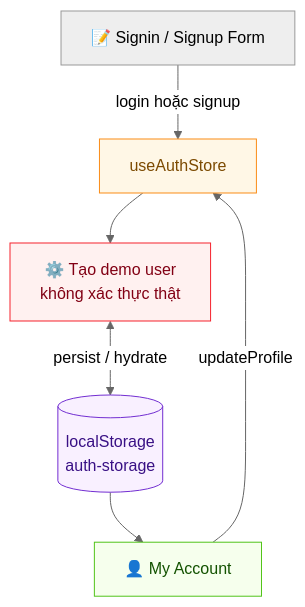
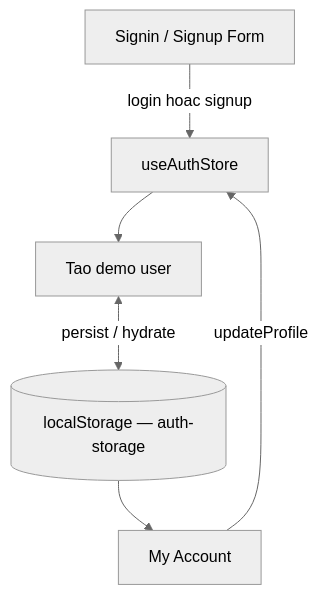
Before and after one commit to NguyenDinhDang/Docs-E-commerce: the sixth of 10 diagrams in 07-so-do-mermaid.md, drawn with Mermaid (neutral theme). The commit also changed other lines of this file, not shown here.

Commit message:
Fix mermaid code

````diff
--- a/07-so-do-mermaid.md
+++ b/07-so-do-mermaid.md
@@ -145,16 +124,11 @@
 ```mermaid
 flowchart TD
-    Form[📝 Signin / Signup Form]
+    Form[Signin / Signup Form]
 
-    Form -->|login hoặc signup| AS[useAuthStore]
-    AS --> Gen[⚙️ Tạo demo user\nkhông xác thực thật]
-    Gen <-->|persist / hydrate| LS[(localStorage\nauth-storage)]
+    Form -->|login hoac signup| AS[useAuthStore]
+    AS --> Gen[Tao demo user]
+    Gen <-->|persist / hydrate| LS[(localStorage — auth-storage)]
 
-    LS --> MA[👤 My Account]
+    LS --> MA[My Account]
     MA -->|updateProfile| AS
-
-    style AS fill:#fff7e6,stroke:#fa8c16,color:#7c4a00
-    style LS fill:#f9f0ff,stroke:#722ed1,color:#391085
-    style Gen fill:#fff1f0,stroke:#f5222d,color:#820014
-    style MA fill:#f6ffed,stroke:#52c41a,color:#135200
 ```
````
